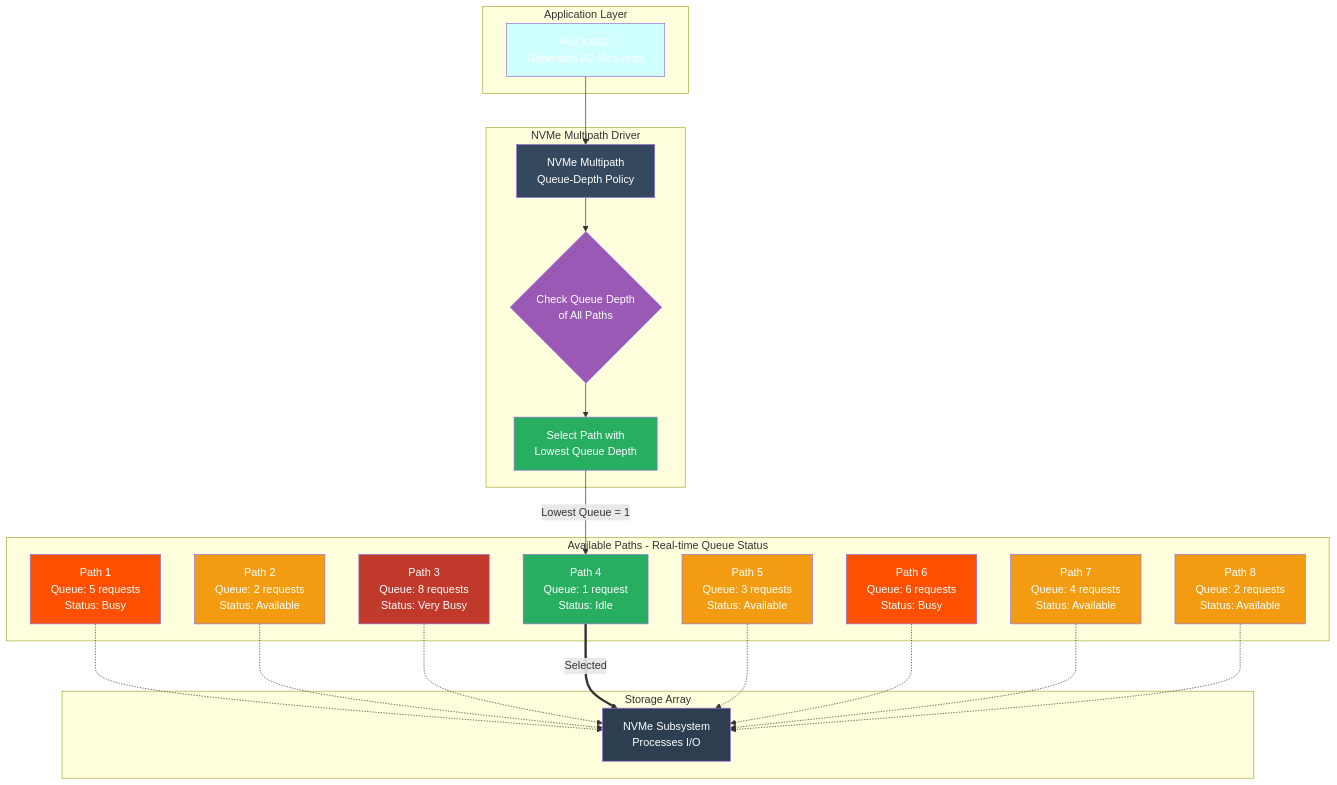
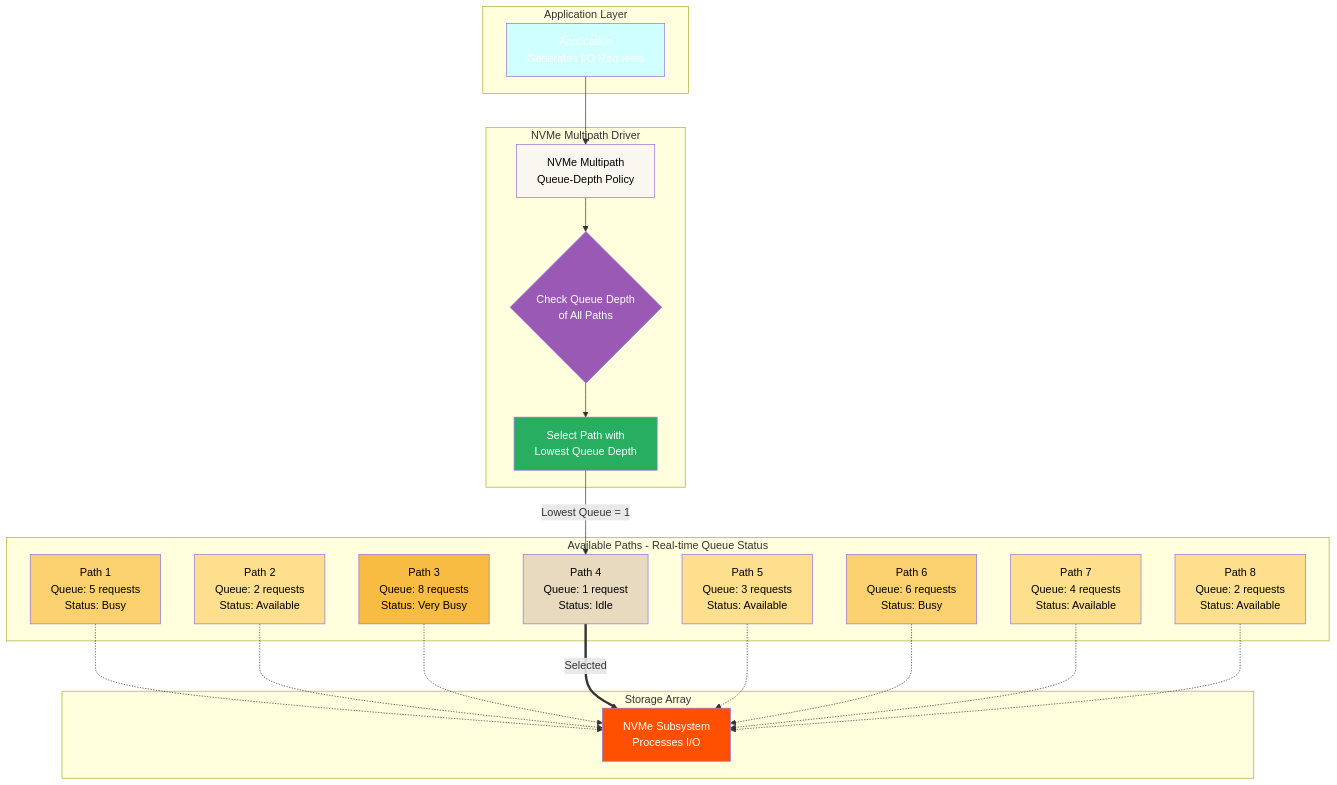
Before and after one commit to khensler/Quickstart-Guides: the fifth of 8 diagrams in Proxmox/nvme-tcp/BEST-PRACTICES.md, drawn with Mermaid. The commit also changed other lines of this file, not shown here.

````diff
--- a/Proxmox/nvme-tcp/BEST-PRACTICES.md
+++ b/Proxmox/nvme-tcp/BEST-PRACTICES.md
@@ -508,55 +508,55 @@
 ```mermaid
 graph TB
     subgraph "Application Layer"
         APP[Application<br/>Generates I/O Requests]
     end
 
     subgraph "NVMe Multipath Driver"
         DRIVER[NVMe Multipath<br/>Queue-Depth Policy]
         CHECK{Check Queue Depth<br/>of All Paths}
         SELECT[Select Path with<br/>Lowest Queue Depth]
     end
 
     subgraph "Available Paths - Real-time Queue Status"
         PATH1[Path 1<br/>Queue: 5 requests<br/>Status: Busy]
         PATH2[Path 2<br/>Queue: 2 requests<br/>Status: Available]
         PATH3[Path 3<br/>Queue: 8 requests<br/>Status: Very Busy]
         PATH4[Path 4<br/>Queue: 1 request<br/>Status: Idle]
         PATH5[Path 5<br/>Queue: 3 requests<br/>Status: Available]
         PATH6[Path 6<br/>Queue: 6 requests<br/>Status: Busy]
         PATH7[Path 7<br/>Queue: 4 requests<br/>Status: Available]
         PATH8[Path 8<br/>Queue: 2 requests<br/>Status: Available]
     end
 
     subgraph "Storage Array"
         STORAGE[NVMe Subsystem<br/>Processes I/O]
     end
 
     APP --> DRIVER
     DRIVER --> CHECK
     CHECK --> SELECT
     SELECT -->|Lowest Queue = 1| PATH4
 
     PATH1 -.-> STORAGE
     PATH2 -.-> STORAGE
     PATH3 -.-> STORAGE
     PATH4 ==>|Selected| STORAGE
     PATH5 -.-> STORAGE
     PATH6 -.-> STORAGE
     PATH7 -.-> STORAGE
     PATH8 -.-> STORAGE
 
     style APP fill:#CFFFFE,color:#fff
-    style DRIVER fill:#34495e,color:#fff
+    style DRIVER fill:#FAF7F1,color:#000000
     style CHECK fill:#9b59b6,color:#fff
     style SELECT fill:#27ae60,color:#fff
-    style PATH1 fill:#FE5000,color:#fff
-    style PATH2 fill:#f39c12,color:#fff
-    style PATH3 fill:#c0392b,color:#fff
-    style PATH4 fill:#27ae60,color:#fff
-    style PATH5 fill:#f39c12,color:#fff
-    style PATH6 fill:#FE5000,color:#fff
-    style PATH7 fill:#f39c12,color:#fff
-    style PATH8 fill:#f39c12,color:#fff
-    style STORAGE fill:#2c3e50,color:#fff
+    style PATH1 fill:#FBD170,color:#000000
+    style PATH2 fill:#FDDF8D,color:#000000
+    style PATH3 fill:#F9BC42,color:#000000
+    style PATH4 fill:#E8DABF,color:#000000
+    style PATH5 fill:#FDDF8D,color:#000000
+    style PATH6 fill:#FBD170,color:#000000
+    style PATH7 fill:#FDDF8D,color:#000000
+    style PATH8 fill:#FDDF8D,color:#000000
+    style STORAGE fill:#FE5000,color:#fff
 ```
````
